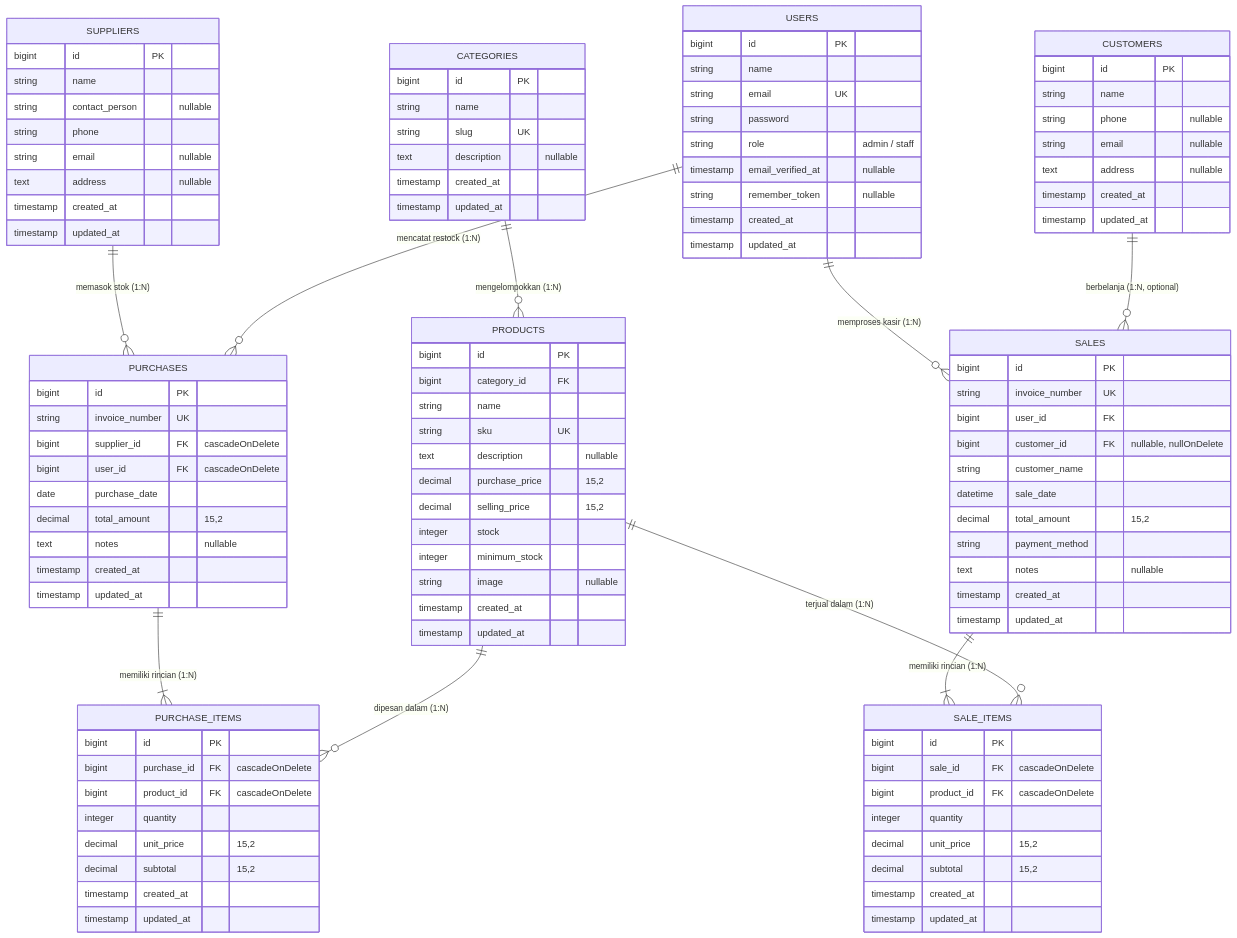
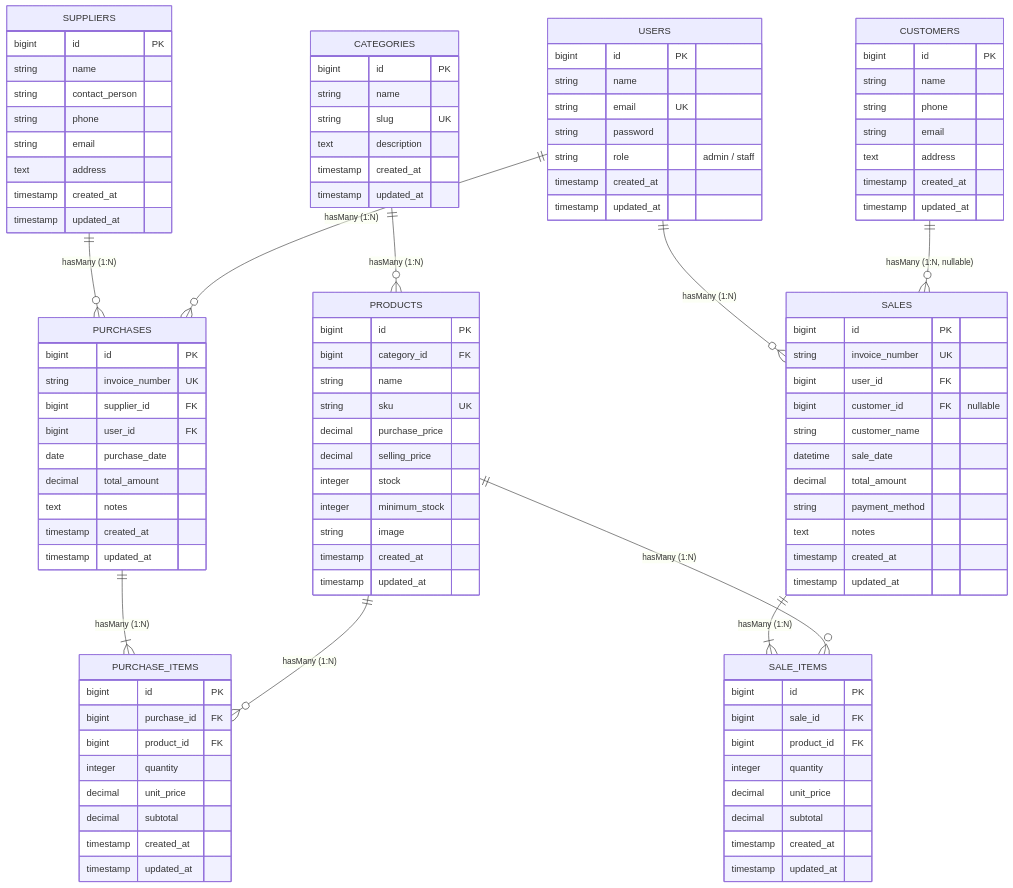
The diagram in README.md (safiraazahrasaragih43-cloud/uts-inventory-sales), drawn with Mermaid before and after one commit. The commit also changed other lines of this file, not shown here.

````diff
--- a/README.md
+++ b/README.md
@@ -90,15 +238,15 @@
 ```mermaid
 erDiagram
-    CATEGORIES ||--o{ PRODUCTS : "mengelompokkan (1:N)"
-    SUPPLIERS ||--o{ PURCHASES : "memasok stok (1:N)"
-    USERS ||--o{ PURCHASES : "mencatat restock (1:N)"
-    PURCHASES ||--|{ PURCHASE_ITEMS : "memiliki rincian (1:N)"
-    PRODUCTS ||--o{ PURCHASE_ITEMS : "dipesan dalam (1:N)"
+    CATEGORIES ||--o{ PRODUCTS : "hasMany (1:N)"
+    SUPPLIERS ||--o{ PURCHASES : "hasMany (1:N)"
+    USERS ||--o{ PURCHASES : "hasMany (1:N)"
+    PURCHASES ||--|{ PURCHASE_ITEMS : "hasMany (1:N)"
+    PRODUCTS ||--o{ PURCHASE_ITEMS : "hasMany (1:N)"
 
-    USERS ||--o{ SALES : "memproses kasir (1:N)"
-    CUSTOMERS ||--o{ SALES : "berbelanja (1:N, optional)"
-    SALES ||--|{ SALE_ITEMS : "memiliki rincian (1:N)"
-    PRODUCTS ||--o{ SALE_ITEMS : "terjual dalam (1:N)"
+    USERS ||--o{ SALES : "hasMany (1:N)"
+    CUSTOMERS ||--o{ SALES : "hasMany (1:N, nullable)"
+    SALES ||--|{ SALE_ITEMS : "hasMany (1:N)"
+    PRODUCTS ||--o{ SALE_ITEMS : "hasMany (1:N)"
 
     USERS {
         bigint id PK
@@ -106,8 +254,6 @@
         string email UK
         string password
         string role "admin / staff"
-        timestamp email_verified_at "nullable"
-        string remember_token "nullable"
         timestamp created_at
         timestamp updated_at
     }
@@ -115,9 +261,9 @@
     CUSTOMERS {
         bigint id PK
         string name
-        string phone "nullable"
-        string email "nullable"
-        text address "nullable"
+        string phone
+        string email
+        text address
         timestamp created_at
         timestamp updated_at
     }
@@ -126,7 +272,7 @@
         bigint id PK
         string name
         string slug UK
-        text description "nullable"
+        text description
         timestamp created_at
         timestamp updated_at
     }
@@ -134,10 +280,10 @@
     SUPPLIERS {
         bigint id PK
         string name
-        string contact_person "nullable"
+        string contact_person
         string phone
-        string email "nullable"
-        text address "nullable"
+        string email
+        text address
         timestamp created_at
         timestamp updated_at
     }
@@ -147,12 +293,11 @@
         bigint category_id FK
         string name
         string sku UK
-        text description "nullable"
-        decimal purchase_price "15,2"
-        decimal selling_price "15,2"
+        decimal purchase_price
+        decimal selling_price
         integer stock
         integer minimum_stock
-        string image "nullable"
+        string image
         timestamp created_at
         timestamp updated_at
     }
@@ -161,23 +306,23 @@
         bigint id PK
         string invoice_number UK
         bigint user_id FK
-        bigint customer_id FK "nullable, nullOnDelete"
+        bigint customer_id FK "nullable"
         string customer_name
         datetime sale_date
-        decimal total_amount "15,2"
+        decimal total_amount
         string payment_method
-        text notes "nullable"
+        text notes
         timestamp created_at
         timestamp updated_at
     }
 
     SALE_ITEMS {
         bigint id PK
-        bigint sale_id FK "cascadeOnDelete"
-        bigint product_id FK "cascadeOnDelete"
+        bigint sale_id FK
+        bigint product_id FK
         integer quantity
-        decimal unit_price "15,2"
-        decimal subtotal "15,2"
+        decimal unit_price
+        decimal subtotal
         timestamp created_at
         timestamp updated_at
     }
@@ -185,22 +330,22 @@
     PURCHASES {
         bigint id PK
         string invoice_number UK
-        bigint supplier_id FK "cascadeOnDelete"
-        bigint user_id FK "cascadeOnDelete"
+        bigint supplier_id FK
+        bigint user_id FK
         date purchase_date
-        decimal total_amount "15,2"
-        text notes "nullable"
+        decimal total_amount
+        text notes
         timestamp created_at
         timestamp updated_at
     }
 
     PURCHASE_ITEMS {
         bigint id PK
-        bigint purchase_id FK "cascadeOnDelete"
-        bigint product_id FK "cascadeOnDelete"
+        bigint purchase_id FK
+        bigint product_id FK
         integer quantity
-        decimal unit_price "15,2"
-        decimal subtotal "15,2"
+        decimal unit_price
+        decimal subtotal
         timestamp created_at
         timestamp updated_at
     }
````
